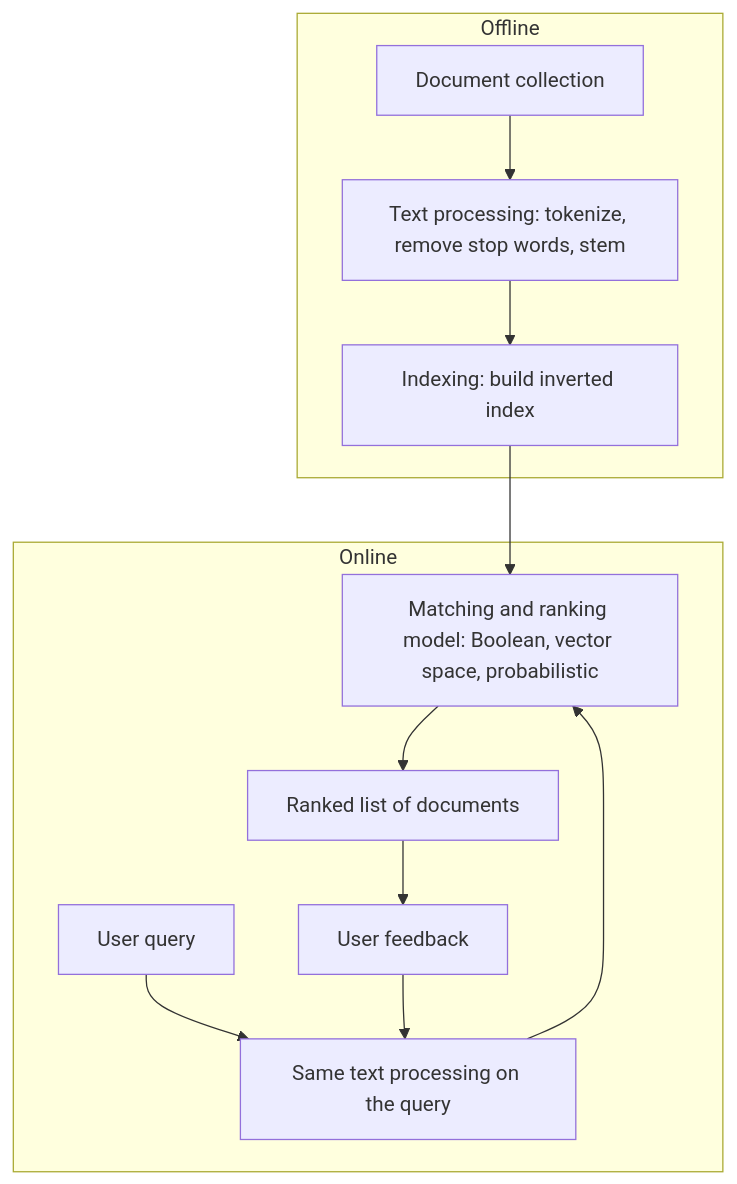
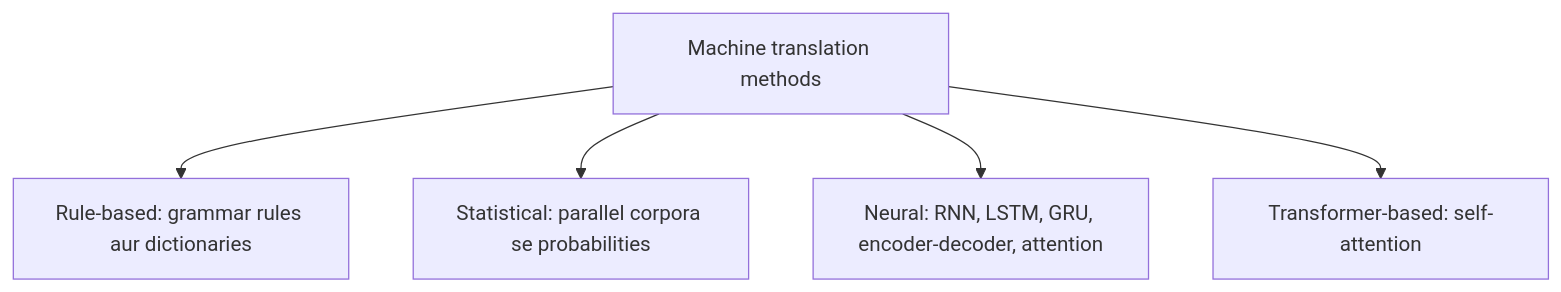
One commit to TrendySloth1001/sem-seven-notes changed the third of 9 diagrams in content/natural-language-processing/notes/nlp-applications.hi.mdx. Above: the diagram before and after it, drawn with Mermaid. The commit also changed other lines of this file and 406 other files, not shown here.

````diff
--- a/content/natural-language-processing/notes/nlp-applications.hi.mdx
+++ b/content/natural-language-processing/notes/nlp-applications.hi.mdx
@@ -313,16 +100,8 @@
 ```mermaid
-%% caption: IR system ka ek offline part hai (documents se index banana) aur ek online part (query ko usi form mein badalna, match, rank aur results dikhana). User feedback agli search ko behtar kar sakta hai.
-flowchart TB
-  subgraph Offline
-    D["Document collection"] --> P1["Text processing: tokenize, remove stop words, stem"]
-    P1 --> I["Indexing: build inverted index"]
-  end
-  subgraph Online
-    U["User query"] --> P2["Same text processing on the query"]
-    P2 --> M["Matching and ranking model: Boolean, vector space, probabilistic"]
-    I --> M
-    M --> R["Ranked list of documents"]
-    R --> F["User feedback"]
-    F --> P2
-  end
+%% caption: Machine translation ke chaar methods, purane se naye tak.
+flowchart TD
+  M["Machine translation methods"] --> R["Rule-based: grammar rules aur dictionaries"]
+  M --> S["Statistical: parallel corpora se probabilities"]
+  M --> N["Neural: RNN, LSTM, GRU, encoder-decoder, attention"]
+  M --> T["Transformer-based: self-attention"]
 ```
````
